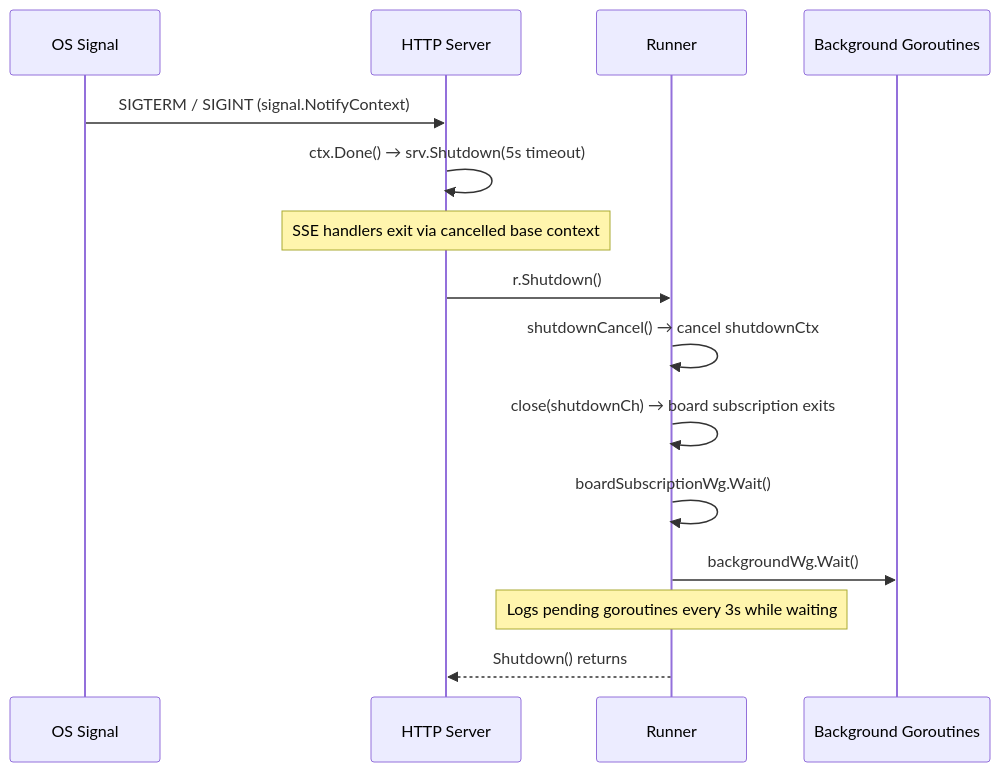
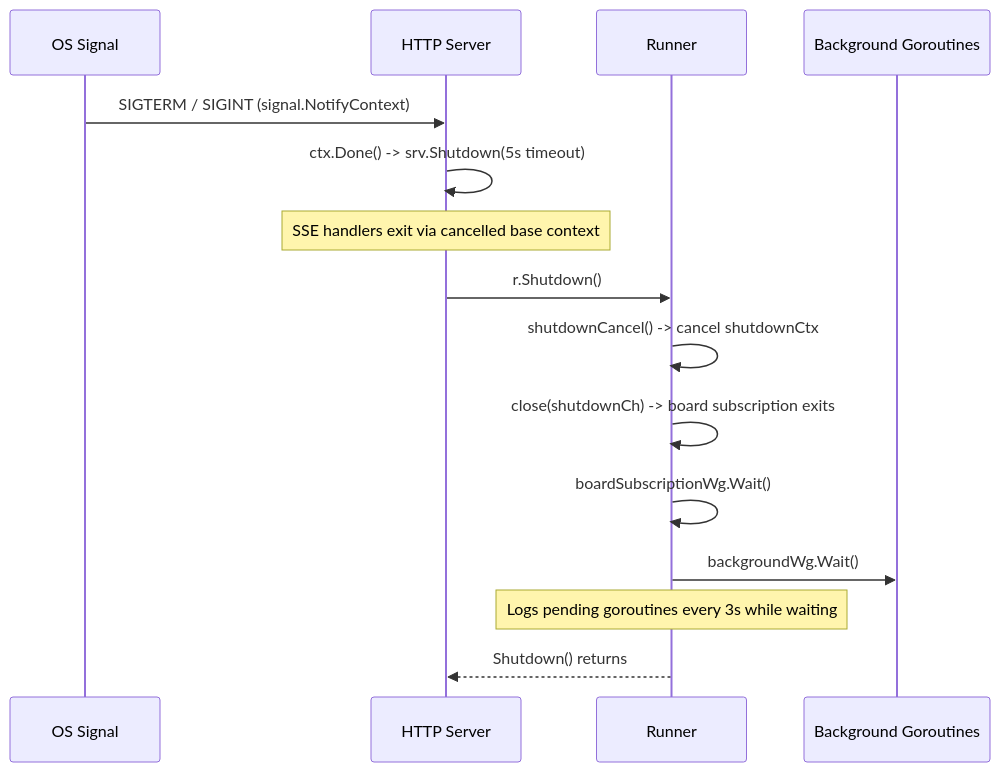
Before and after one commit to changkun/wallfacer: the sixth of 6 diagrams in docs/internals/architecture.md, drawn with Mermaid. The commit also changed other lines of this file, not shown here.

First line of the commit message:
docs(internals): host-process architecture, real package map and watchers

````diff
--- a/docs/internals/architecture.md
+++ b/docs/internals/architecture.md
@@ -274,18 +315,18 @@
 ```mermaid
 sequenceDiagram
     participant Sig as OS Signal
     participant Srv as HTTP Server
     participant R as Runner
     participant BG as Background Goroutines
 
     Sig->>Srv: SIGTERM / SIGINT (signal.NotifyContext)
-    Srv->>Srv: ctx.Done() → srv.Shutdown(5s timeout)
+    Srv->>Srv: ctx.Done() -> srv.Shutdown(5s timeout)
     Note over Srv: SSE handlers exit via cancelled base context
     Srv->>R: r.Shutdown()
-    R->>R: shutdownCancel() → cancel shutdownCtx
-    R->>R: close(shutdownCh) → board subscription exits
+    R->>R: shutdownCancel() -> cancel shutdownCtx
+    R->>R: close(shutdownCh) -> board subscription exits
     R->>R: boardSubscriptionWg.Wait()
     R->>BG: backgroundWg.Wait()
     Note over R: Logs pending goroutines every 3s while waiting
     R-->>Srv: Shutdown() returns
 ```
````
